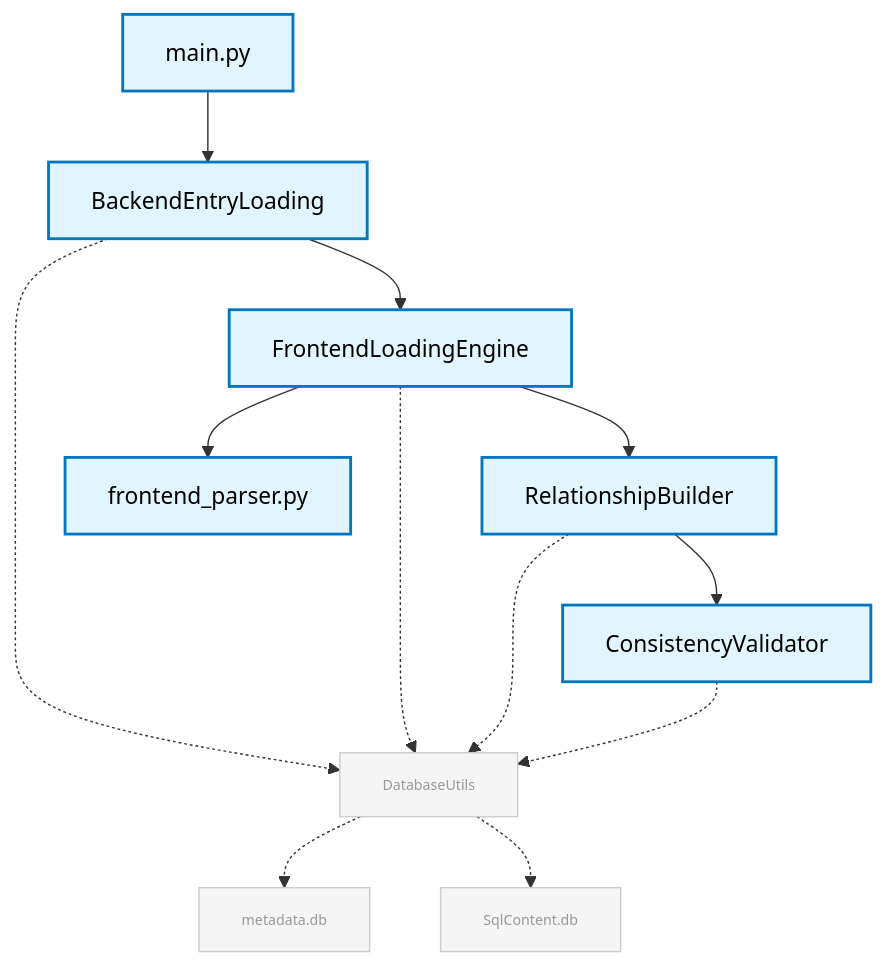
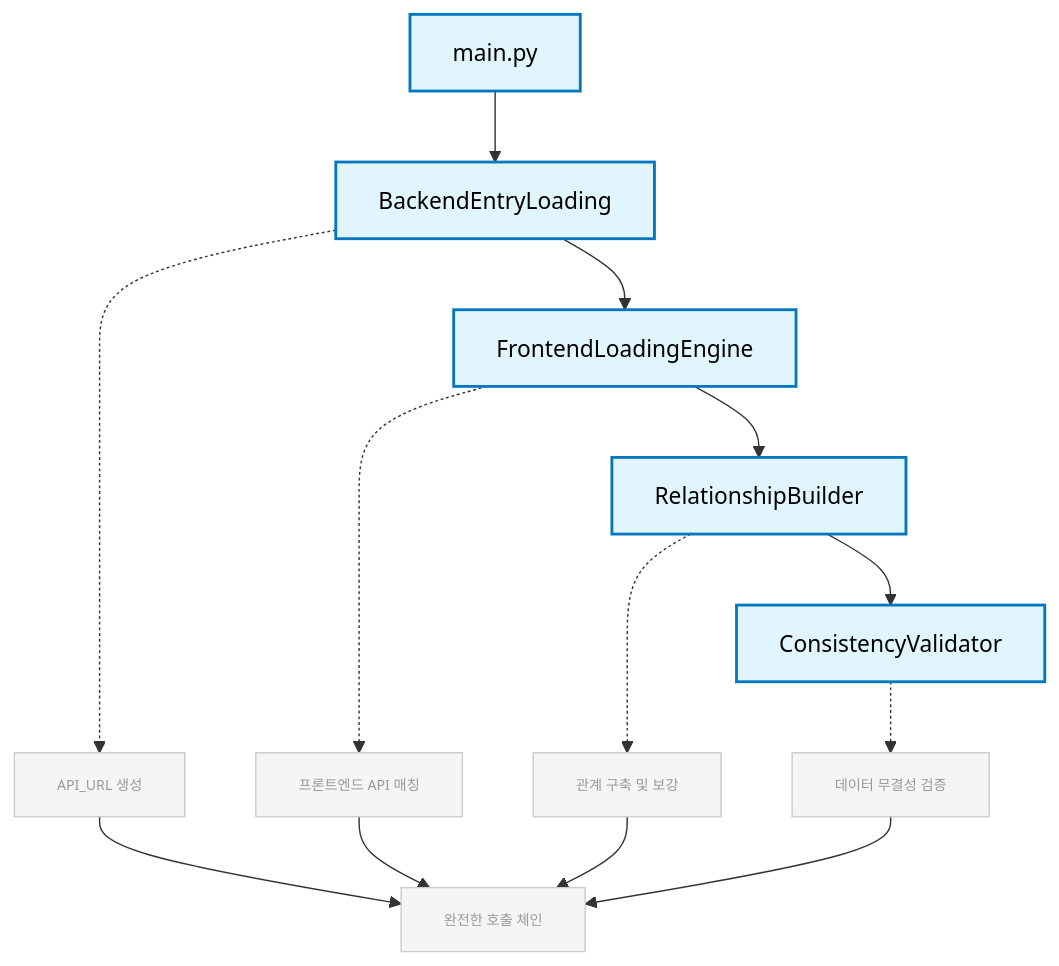
One commit to kumtaek/CreateMetaDb changed the third of 3 diagrams in docs/01_시스템_요구사항_정의서.md. Above: the diagram before and after it, drawn with Mermaid. The commit also changed other lines of this file and 55 other files, not shown here.

````diff
--- a/docs/01_시스템_요구사항_정의서.md
+++ b/docs/01_시스템_요구사항_정의서.md
@@ -152,24 +181,24 @@
 ```mermaid
 graph TB
     A["main.py"]
-    
+
     A --> B["BackendEntryLoading"]
     B --> C["FrontendLoadingEngine"]
     C --> D["RelationshipBuilder"]
     D --> E["ConsistencyValidator"]
-    
-    B -.-> F["DatabaseUtils"]
-    C -.-> F
-    D -.-> F
-    E -.-> F
-    
-    F -.-> G["metadata.db"]
-    F -.-> H["SqlContent.db"]
-    
-    C --> I["frontend_parser.py"]
-    
+
+    B -.-> F["API_URL 생성"]
+    C -.-> G["프론트엔드 API 매칭"]
+    D -.-> H["관계 구축 및 보강"]
+    E -.-> I["데이터 무결성 검증"]
+
+    F --> J["완전한 호출 체인"]
+    G --> J
+    H --> J
+    I --> J
+
     classDef main fill:#e1f5fe,stroke:#0277bd,stroke-width:2px,color:#000
     classDef util fill:#f5f5f5,stroke:#ccc,stroke-width:1px,color:#999,font-size:10px
-    class A,B,C,D,E,I main
-    class F,G,H util
+    class A,B,C,D,E main
+    class F,G,H,I,J util
 ```
````
